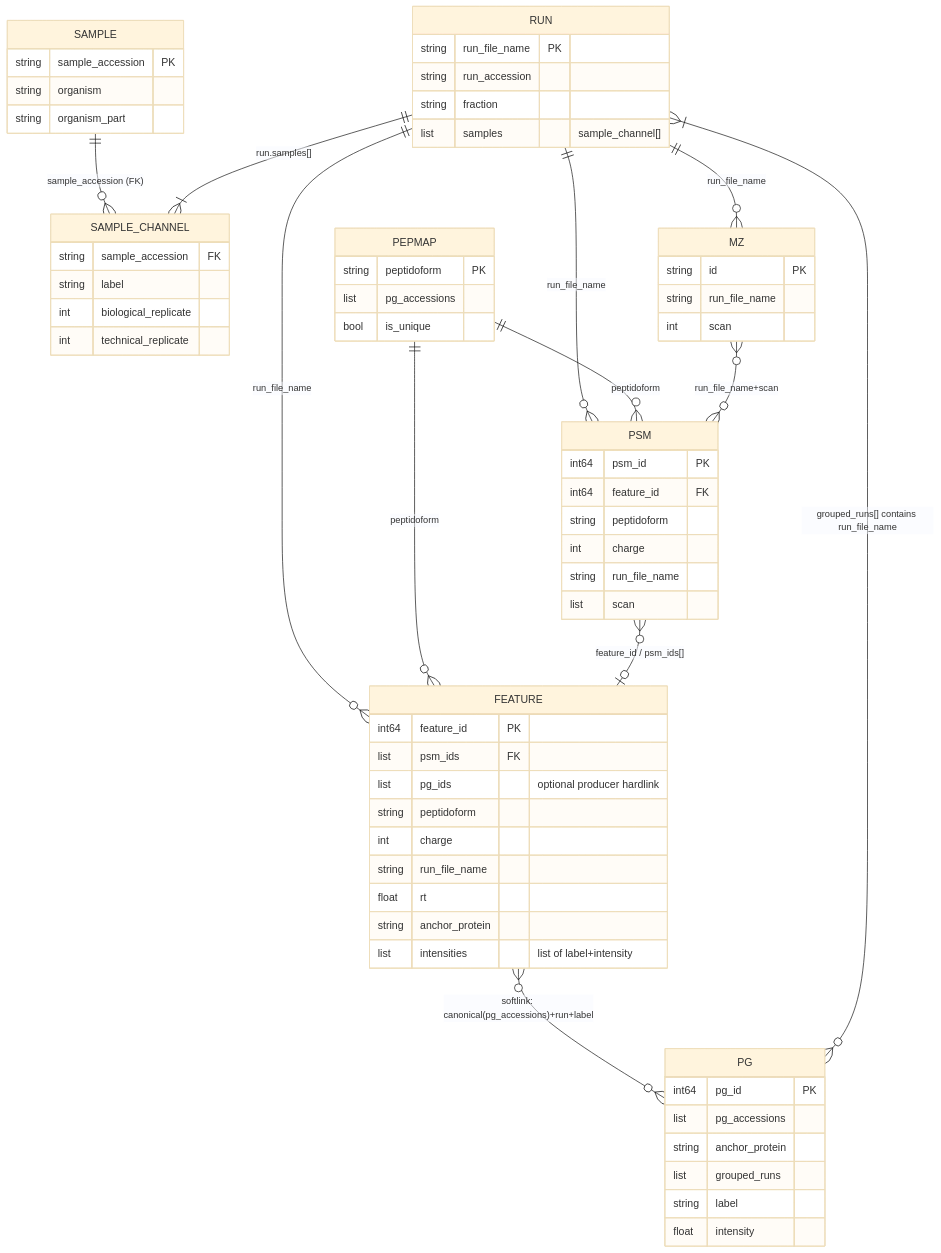
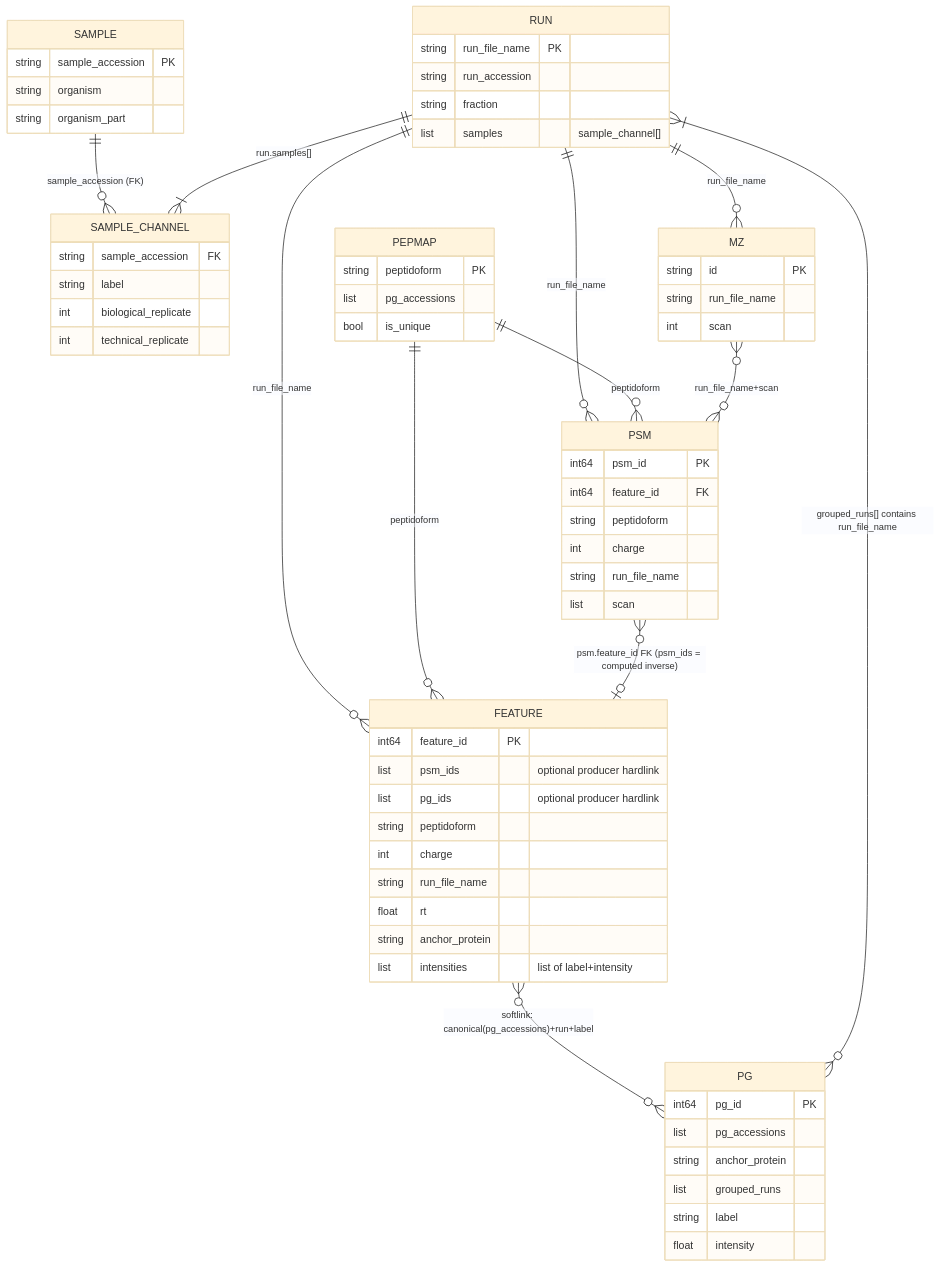
The second of 5 diagrams in docs/spec/data-model.md (daichengxin/quantms.io), drawn with Mermaid (base theme) before and after one commit. The commit also changed other lines of this file and 9 other files, not shown here.

````diff
--- a/docs/spec/data-model.md
+++ b/docs/spec/data-model.md
@@ -85,69 +85,69 @@
 ```mermaid
 erDiagram
     SAMPLE ||--o{ SAMPLE_CHANNEL : "sample_accession (FK)"
     RUN ||--|{ SAMPLE_CHANNEL : "run.samples[]"
     RUN ||--o{ PSM : "run_file_name"
     RUN ||--o{ FEATURE : "run_file_name"
     RUN ||--o{ MZ : "run_file_name"
     PG }o--|{ RUN : "grouped_runs[] contains run_file_name"
     FEATURE }o--o{ PG : "softlink: canonical(pg_accessions)+run+label"
     PEPMAP ||--o{ PSM : "peptidoform"
     PEPMAP ||--o{ FEATURE : "peptidoform"
-    PSM }o--o| FEATURE : "feature_id / psm_ids[]"
+    PSM }o--o| FEATURE : "psm.feature_id FK (psm_ids = computed inverse)"
     MZ }o--o{ PSM : "run_file_name+scan"
 
     SAMPLE {
         string sample_accession PK
         string organism
         string organism_part
     }
     RUN {
         string run_file_name PK
         string run_accession
         string fraction
         list samples "sample_channel[]"
     }
     SAMPLE_CHANNEL {
         string sample_accession FK
         string label
         int biological_replicate
         int technical_replicate
     }
     PSM {
         int64 psm_id PK
         int64 feature_id FK
         string peptidoform
         int charge
         string run_file_name
         list scan
     }
     FEATURE {
         int64 feature_id PK
-        list psm_ids FK
+        list psm_ids "optional producer hardlink"
         list pg_ids "optional producer hardlink"
         string peptidoform
         int charge
         string run_file_name
         float rt
         string anchor_protein
         list intensities "list of label+intensity"
     }
     PG {
         int64 pg_id PK
         list pg_accessions
         string anchor_protein
         list grouped_runs
         string label
         float intensity
     }
     PEPMAP {
         string peptidoform PK
         list pg_accessions
         bool is_unique
     }
     MZ {
         string id PK
         string run_file_name
         int scan
     }
 ```
````
